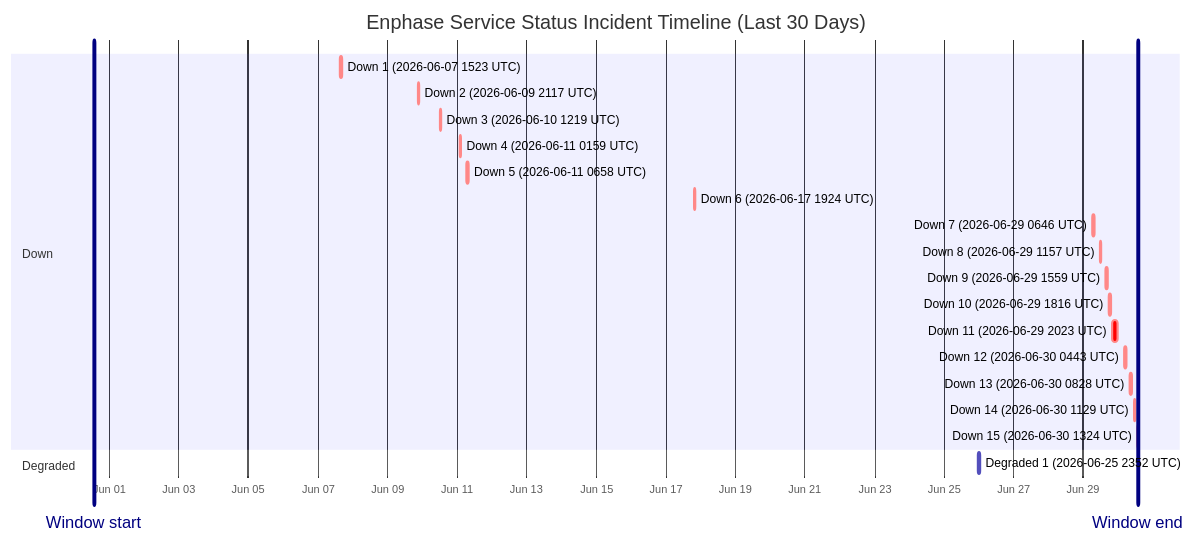
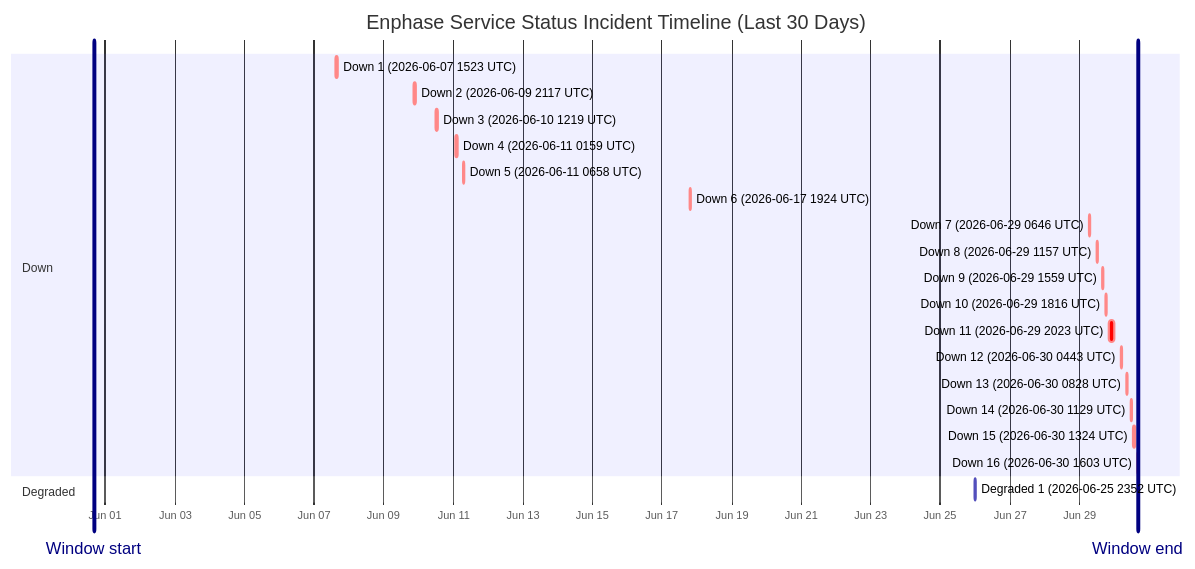
One commit to barneyonline/ha-enphase-energy changed the diagram in wiki/Service-Status-History.md. Above: the diagram before and after it, drawn with Mermaid. The commit also changed other lines of this file and 3 other files, not shown here.

````diff
--- a/wiki/Service-Status-History.md
+++ b/wiki/Service-Status-History.md
@@ -14,26 +14,27 @@
 ```mermaid
 gantt
     title Enphase Service Status Incident Timeline (Last 30 Days)
     dateFormat  YYYY-MM-DDTHH:mm:ss
     axisFormat  %b %d
-    Window start :vert, window-start, 2026-05-31T13:24:25, 0ms
-    Window end :vert, window-end, 2026-06-30T13:24:25, 0ms
+    Window start :vert, window-start, 2026-05-31T16:03:26, 0ms
+    Window end :vert, window-end, 2026-06-30T16:03:26, 0ms
     section Down
     Down 1 (2026-06-07 1523 UTC) :crit, down-1, 2026-06-07T15:23:22, 87m
     Down 2 (2026-06-09 2117 UTC) :crit, down-2, 2026-06-09T21:17:17, 60m
     Down 3 (2026-06-10 1219 UTC) :crit, down-3, 2026-06-10T12:19:21, 60m
     Down 4 (2026-06-11 0159 UTC) :crit, down-4, 2026-06-11T01:59:36, 60m
     Down 5 (2026-06-11 0658 UTC) :crit, down-5, 2026-06-11T06:58:45, 60m
     Down 6 (2026-06-17 1924 UTC) :crit, down-6, 2026-06-17T19:24:51, 60m
     Down 7 (2026-06-29 0646 UTC) :crit, down-7, 2026-06-29T06:46:18, 60m
     Down 8 (2026-06-29 1157 UTC) :crit, down-8, 2026-06-29T11:57:36, 60m
     Down 9 (2026-06-29 1559 UTC) :crit, down-9, 2026-06-29T15:59:02, 60m
     Down 10 (2026-06-29 1816 UTC) :crit, down-10, 2026-06-29T18:16:38, 60m
     Down 11 (2026-06-29 2023 UTC) :crit, down-11, 2026-06-29T20:23:16, 220m
     Down 12 (2026-06-30 0443 UTC) :crit, down-12, 2026-06-30T04:43:54, 60m
     Down 13 (2026-06-30 0828 UTC) :crit, down-13, 2026-06-30T08:28:43, 60m
     Down 14 (2026-06-30 1129 UTC) :crit, down-14, 2026-06-30T11:29:15, 60m
     Down 15 (2026-06-30 1324 UTC) :crit, down-15, 2026-06-30T13:24:25, 60m
+    Down 16 (2026-06-30 1603 UTC) :crit, down-16, 2026-06-30T16:03:26, 60m
     section Degraded
     Degraded 1 (2026-06-25 2352 UTC) :active, degraded-1, 2026-06-25T23:52:01, 60m
 ```
````
